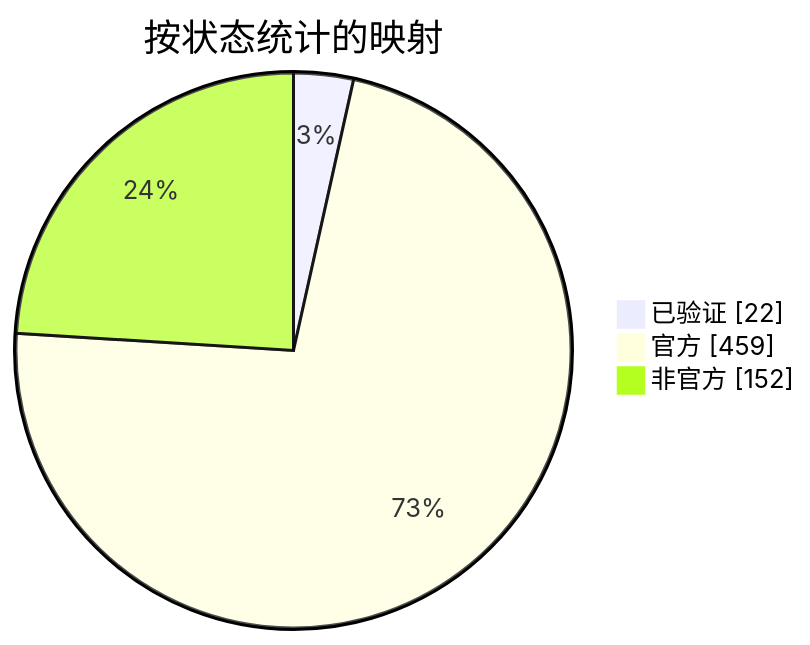
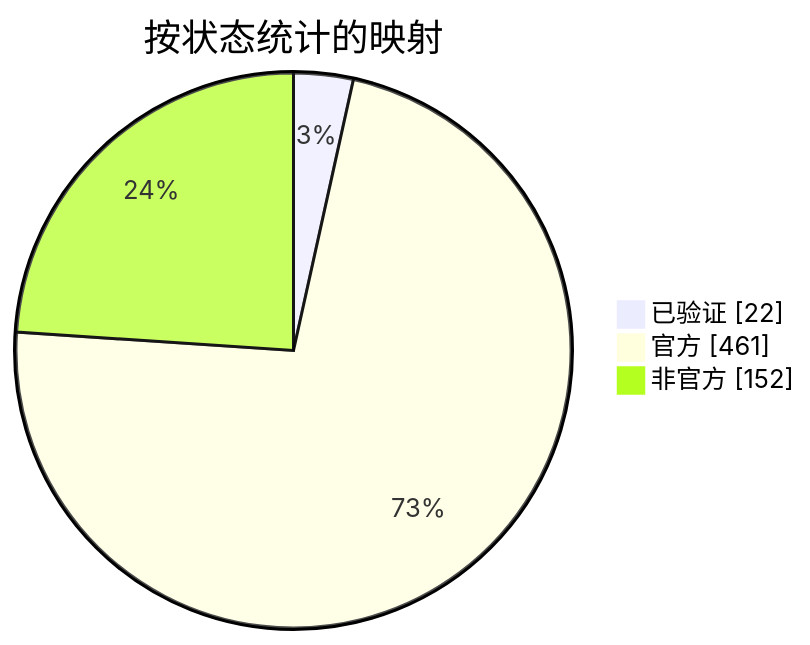
The diagram in docs/readme/README_ZHS.md (nobrega8/mbmap-library), drawn with Mermaid before and after one commit. The commit also changed 5 other files, not shown here.

````diff
--- a/docs/readme/README_ZHS.md
+++ b/docs/readme/README_ZHS.md
@@ -54,7 +54,7 @@
 ```mermaid
 pie showData
     title 按状态统计的映射
     "已验证" : 22
-    "官方" : 459
+    "官方" : 461
     "非官方" : 152
 ```
````
